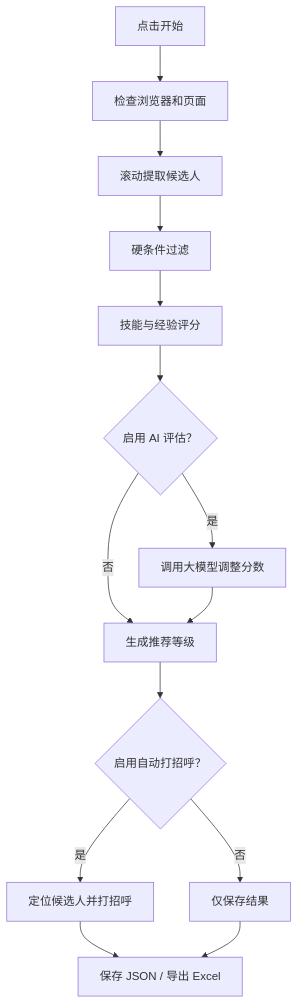
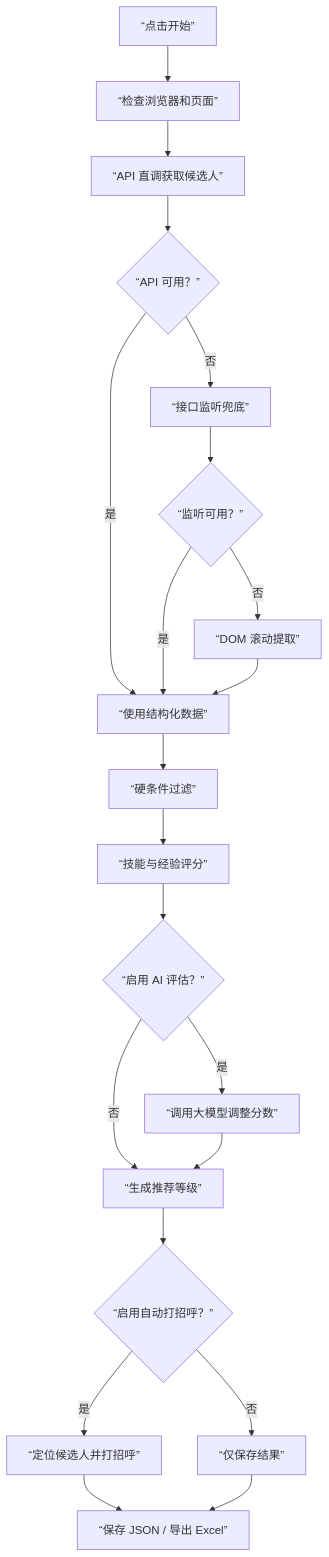
Before and after one commit to chenjinbo1991/boss-resume-filter: the second of 2 diagrams in docs/BOSS招聘系统操作说明-图文版.md, drawn with Mermaid. The commit also changed other lines of this file and 2 other files, not shown here.

First line of the commit message:
docs: 更新操作说明图文版，替换旧 PDF

````diff
--- a/docs/BOSS招聘系统操作说明-图文版.md
+++ b/docs/BOSS招聘系统操作说明-图文版.md
@@ -257,16 +257,23 @@
 ```mermaid
 flowchart TD
-    A["点击开始"] --> B["检查浏览器和页面"]
-    B --> C["滚动提取候选人"]
-    C --> D["硬条件过滤"]
-    D --> E["技能与经验评分"]
-    E --> F{"启用 AI 评估？"}
-    F -- 是 --> G["调用大模型调整分数"]
-    F -- 否 --> H["生成推荐等级"]
-    G --> H
-    H --> I{"启用自动打招呼？"}
-    I -- 是 --> J["定位候选人并打招呼"]
-    I -- 否 --> K["仅保存结果"]
-    J --> L["保存 JSON / 导出 Excel"]
-    K --> L
+    A[“点击开始”] --> B[“检查浏览器和页面”]
+    B --> C[“API 直调获取候选人”]
+    C --> D{“API 可用？”}
+    D -- 是 --> E[“使用结构化数据”]
+    D -- 否 --> F[“接口监听兜底”]
+    F --> G{“监听可用？”}
+    G -- 是 --> E
+    G -- 否 --> H[“DOM 滚动提取”]
+    H --> E
+    E --> I[“硬条件过滤”]
+    I --> J[“技能与经验评分”]
+    J --> K{“启用 AI 评估？”}
+    K -- 是 --> L[“调用大模型调整分数”]
+    K -- 否 --> M[“生成推荐等级”]
+    L --> M
+    M --> N{“启用自动打招呼？”}
+    N -- 是 --> O[“定位候选人并打招呼”]
+    N -- 否 --> P[“仅保存结果”]
+    O --> Q[“保存 JSON / 导出 Excel”]
+    P --> Q
 ```
````
